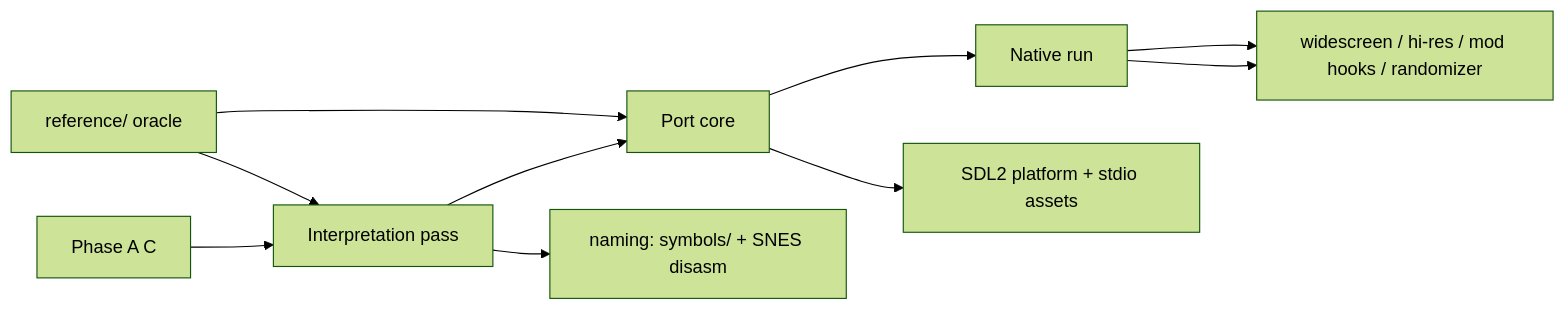
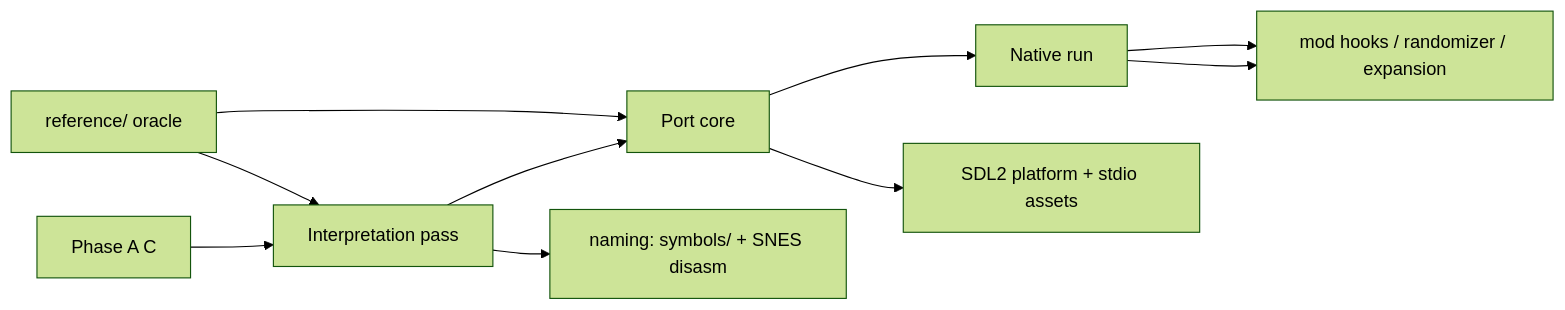
The diagram in port/PLAN.md (jojosarah273/ff4ps1jojo), drawn with Mermaid (forest theme) before and after one commit. The commit also changed other lines of this file and 3 other files, not shown here.

Commit message:
docs: focus pitch on the technical goal — native port; widescreen/expansion moved to the separate Phase C track

````diff
--- a/port/PLAN.md
+++ b/port/PLAN.md
@@ -6,9 +6,9 @@
 ```mermaid
 flowchart LR
     A[Phase A C] --> B[Interpretation pass] --> C[Port core] --> D[Native run] --> E[Expansion]
     R[reference/ oracle] --> B
     R --> C
     B --> N[naming: symbols/ + SNES disasm]
     C --> P[SDL2 platform + stdio assets]
-    D --> E[widescreen / hi-res / mod hooks / randomizer]
+    D --> E[mod hooks / randomizer / expansion]
 ```
````
